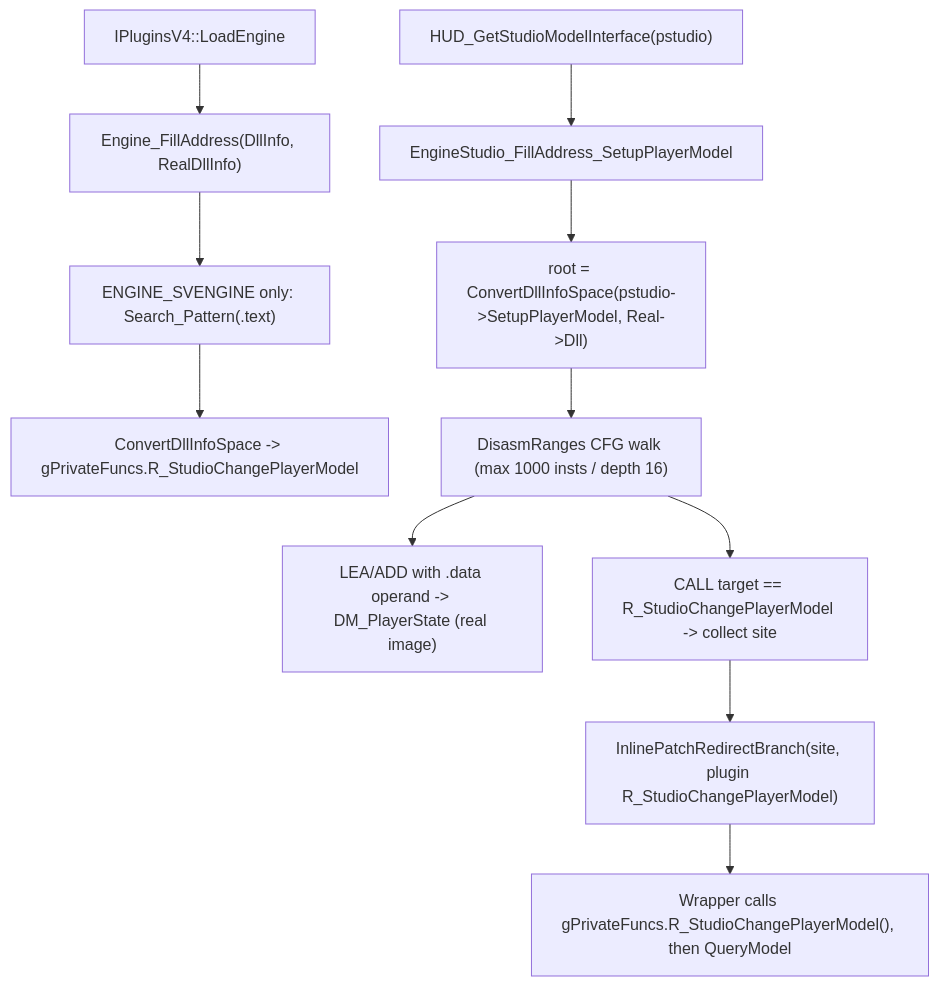
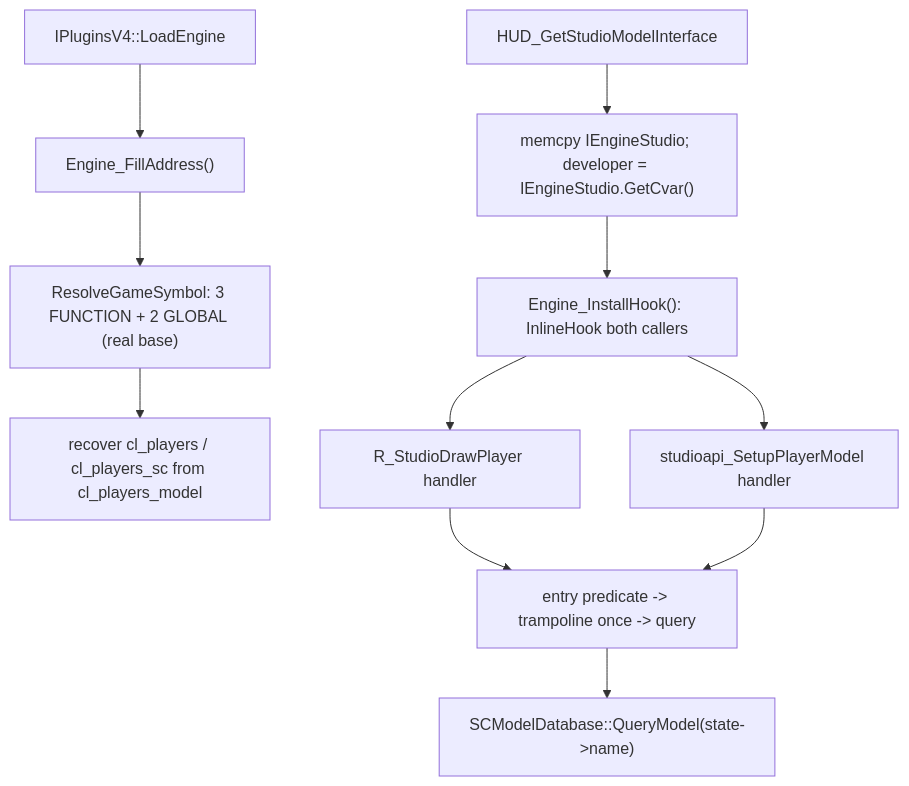
The diagram in memory/privatevars/scmodeldownloader-privatevars.md (hzqst/MetaHookSv), drawn with Mermaid before and after one commit. The commit also changed other lines of this file and 5 other files, not shown here.

````diff
--- a/memory/privatevars/scmodeldownloader-privatevars.md
+++ b/memory/privatevars/scmodeldownloader-privatevars.md
@@ -47,13 +72,13 @@
 ```mermaid
 flowchart TD
-    A["IPluginsV4::LoadEngine"] --> B["Engine_FillAddress(DllInfo, RealDllInfo)"]
-    B --> C["ENGINE_SVENGINE only: Search_Pattern(.text)"]
-    C --> D["ConvertDllInfoSpace -> gPrivateFuncs.R_StudioChangePlayerModel"]
-    E["HUD_GetStudioModelInterface(pstudio)"] --> F["EngineStudio_FillAddress_SetupPlayerModel"]
-    F --> G["root = ConvertDllInfoSpace(pstudio->SetupPlayerModel, Real->Dll)"]
-    G --> H["DisasmRanges CFG walk (max 1000 insts / depth 16)"]
-    H --> I["LEA/ADD with .data operand -> DM_PlayerState (real image)"]
-    H --> J["CALL target == R_StudioChangePlayerModel -> collect site"]
-    J --> K["InlinePatchRedirectBranch(site, plugin R_StudioChangePlayerModel)"]
-    K --> L["Wrapper calls gPrivateFuncs.R_StudioChangePlayerModel(), then QueryModel"]
+    A["IPluginsV4::LoadEngine"] --> B["Engine_FillAddress()"]
+    B --> C["ResolveGameSymbol: 3 FUNCTION + 2 GLOBAL (real base)"]
+    C --> D["recover cl_players / cl_players_sc from cl_players_model"]
+    E["HUD_GetStudioModelInterface"] --> F["memcpy IEngineStudio; developer = IEngineStudio.GetCvar()"]
+    F --> G["Engine_InstallHook(): InlineHook both callers"]
+    G --> H["R_StudioDrawPlayer handler"]
+    G --> I["studioapi_SetupPlayerModel handler"]
+    H --> J["entry predicate -> trampoline once -> query"]
+    I --> J
+    J --> K["SCModelDatabase::QueryModel(state->name)"]
 ```
````
